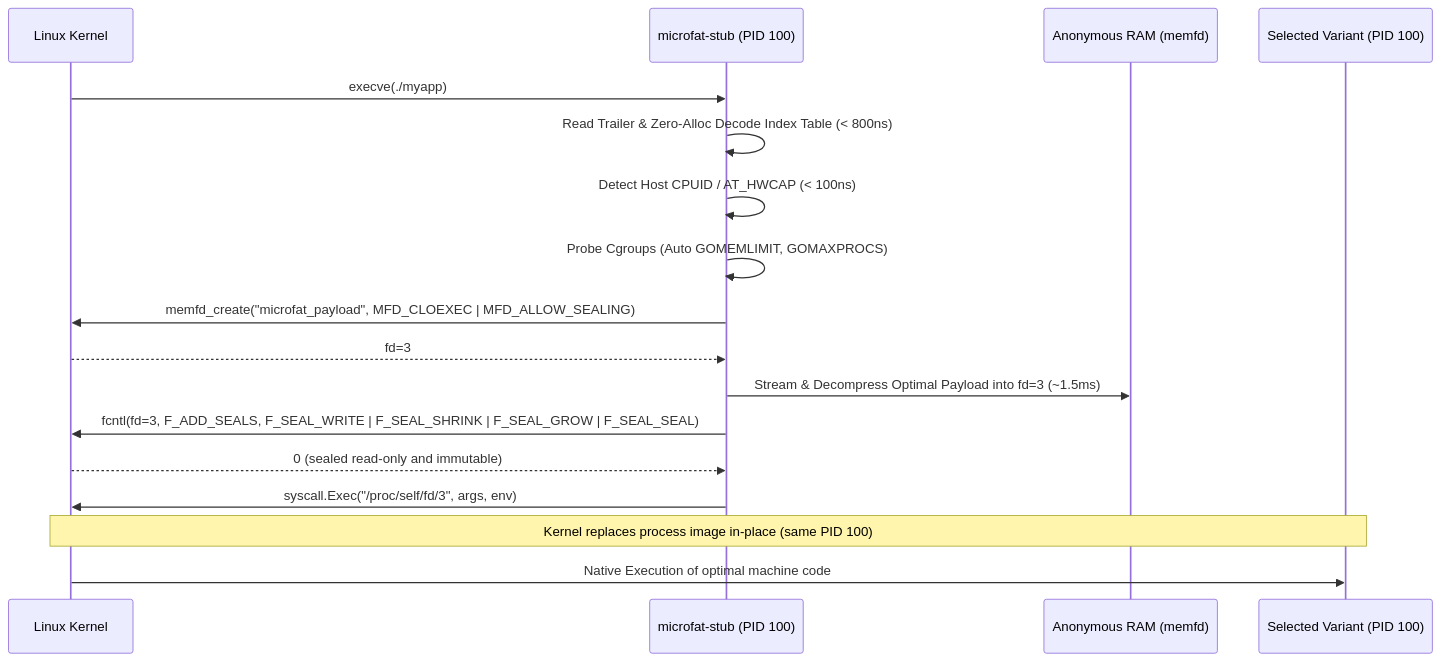
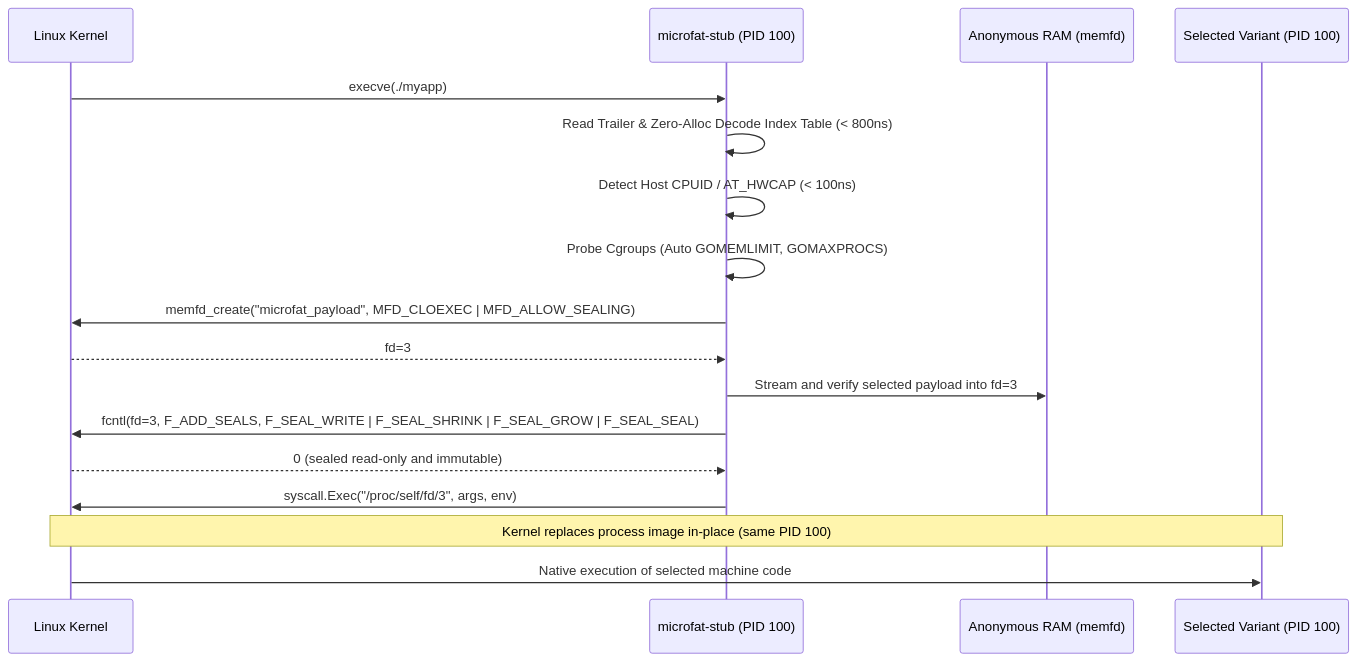
The diagram in docs/architecture.md (EpicBlackWolfZ/microfat), drawn with Mermaid before and after one commit. The commit also changed other lines of this file and 52 other files, not shown here.

````diff
--- a/docs/architecture.md
+++ b/docs/architecture.md
@@ -158,20 +158,20 @@
 ```mermaid
 sequenceDiagram
     participant OS as Linux Kernel
     participant Stub as microfat-stub (PID 100)
     participant RAM as Anonymous RAM (memfd)
     participant App as Selected Variant (PID 100)
 
     OS->>Stub: execve(./myapp)
     Stub->>Stub: Read Trailer & Zero-Alloc Decode Index Table (< 800ns)
     Stub->>Stub: Detect Host CPUID / AT_HWCAP (< 100ns)
     Stub->>Stub: Probe Cgroups (Auto GOMEMLIMIT, GOMAXPROCS)
     Stub->>OS: memfd_create("microfat_payload", MFD_CLOEXEC | MFD_ALLOW_SEALING)
     OS-->>Stub: fd=3
-    Stub->>RAM: Stream & Decompress Optimal Payload into fd=3 (~1.5ms)
+    Stub->>RAM: Stream and verify selected payload into fd=3
     Stub->>OS: fcntl(fd=3, F_ADD_SEALS, F_SEAL_WRITE | F_SEAL_SHRINK | F_SEAL_GROW | F_SEAL_SEAL)
     OS-->>Stub: 0 (sealed read-only and immutable)
     Stub->>OS: syscall.Exec("/proc/self/fd/3", args, env)
     Note over OS,App: Kernel replaces process image in-place (same PID 100)
-    OS->>App: Native Execution of optimal machine code
+    OS->>App: Native execution of selected machine code
 ```
````
